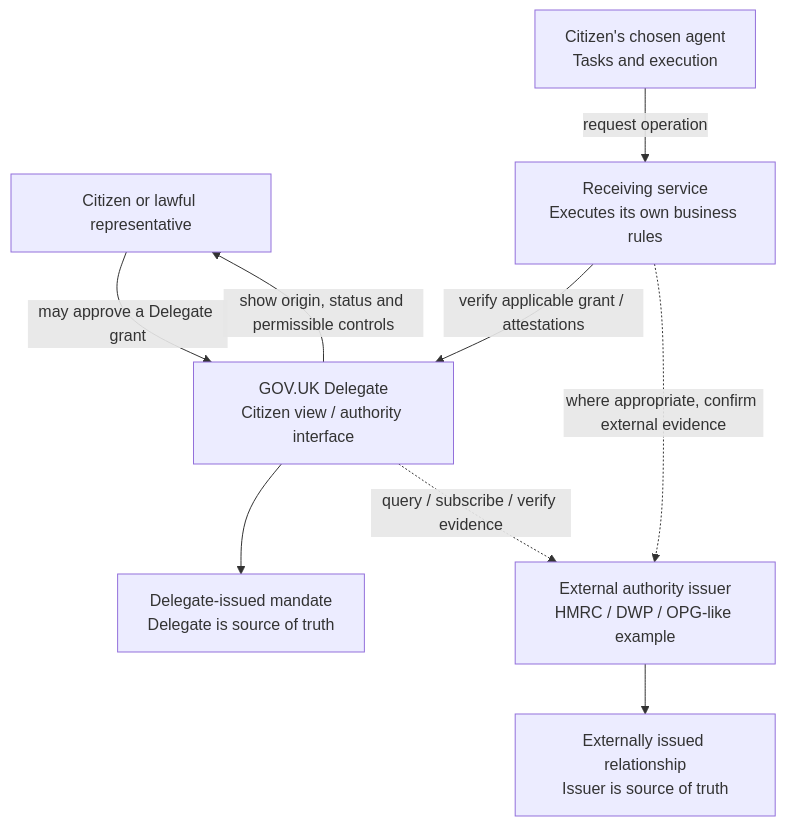
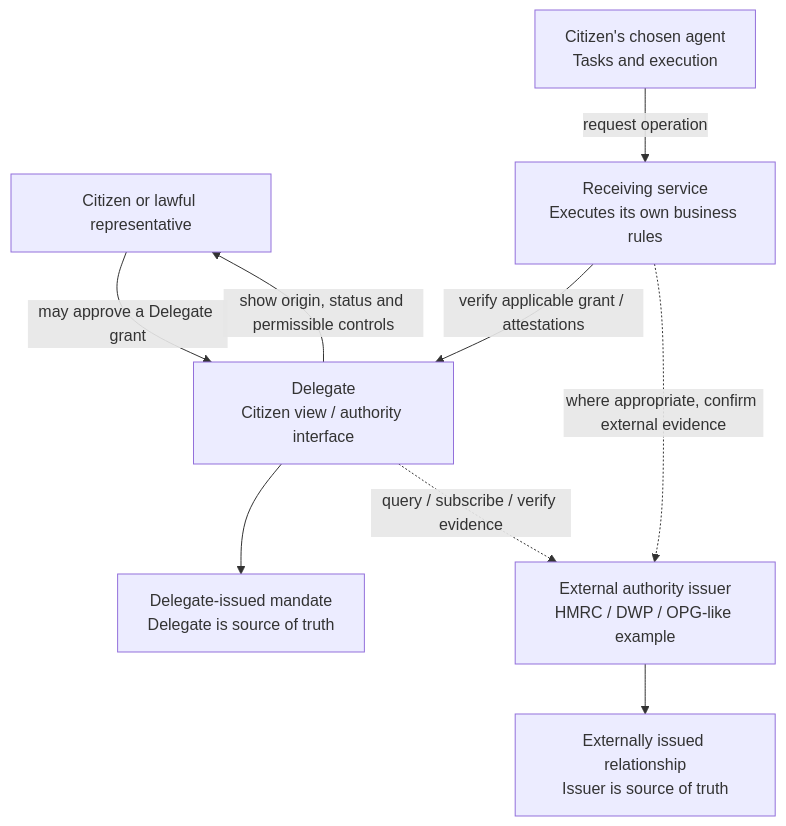
Before and after one commit to sighmoan1/govuk-delegate-starter: the diagram in docs/FEDERATED_AUTHORITY.md, drawn with Mermaid. The commit also changed 73 other files, not shown here.

````diff
--- a/docs/FEDERATED_AUTHORITY.md
+++ b/docs/FEDERATED_AUTHORITY.md
@@ -45,18 +45,18 @@
 ```mermaid
 flowchart TB
     U["Citizen or lawful representative"]
-    D["GOV.UK Delegate\nCitizen view / authority interface"]
+    D["Delegate\nCitizen view / authority interface"]
     DG["Delegate-issued mandate\nDelegate is source of truth"]
     EX["External authority issuer\nHMRC / DWP / OPG-like example"]
     EA["Externally issued relationship\nIssuer is source of truth"]
     S["Receiving service\nExecutes its own business rules"]
     A["Citizen's chosen agent\nTasks and execution"]
     U -->|"may approve a Delegate grant"| D
     D --> DG
     D -.->|"query / subscribe / verify evidence"| EX
     EX --> EA
     D -->|"show origin, status and permissible controls"| U
     A -->|"request operation"| S
     S -->|"verify applicable grant / attestations"| D
     S -.->|"where appropriate, confirm external evidence"| EX
 ```
````
